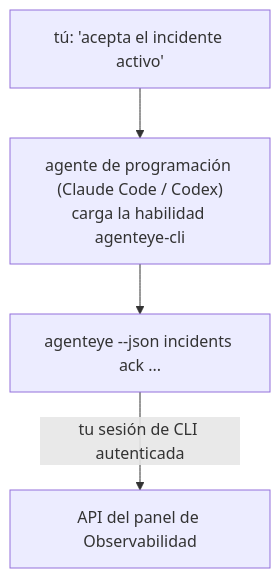
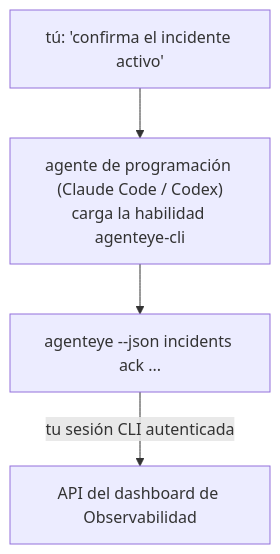
The diagram in docs/es/agenteye/cli-skill.mdx (GongYuanCaiJi/failproofai), drawn with Mermaid before and after one commit. The commit also changed other lines of this file and 364 other files, not shown here.

````diff
--- a/docs/es/agenteye/cli-skill.mdx
+++ b/docs/es/agenteye/cli-skill.mdx
@@ -26,6 +28,6 @@
 ```mermaid
 flowchart TD
-    YOU["tú: 'acepta el incidente activo'"] --> AGENT["agente de programación (Claude Code / Codex)<br/>carga la habilidad agenteye-cli"]
+    YOU["tú: 'confirma el incidente activo'"] --> AGENT["agente de programación (Claude Code / Codex)<br/>carga la habilidad agenteye-cli"]
     AGENT --> CLI["agenteye --json incidents ack ..."]
-    CLI -->|tu sesión de CLI autenticada| API["API del panel de Observabilidad"]
+    CLI -->|tu sesión CLI autenticada| API["API del dashboard de Observabilidad"]
 ```
````
